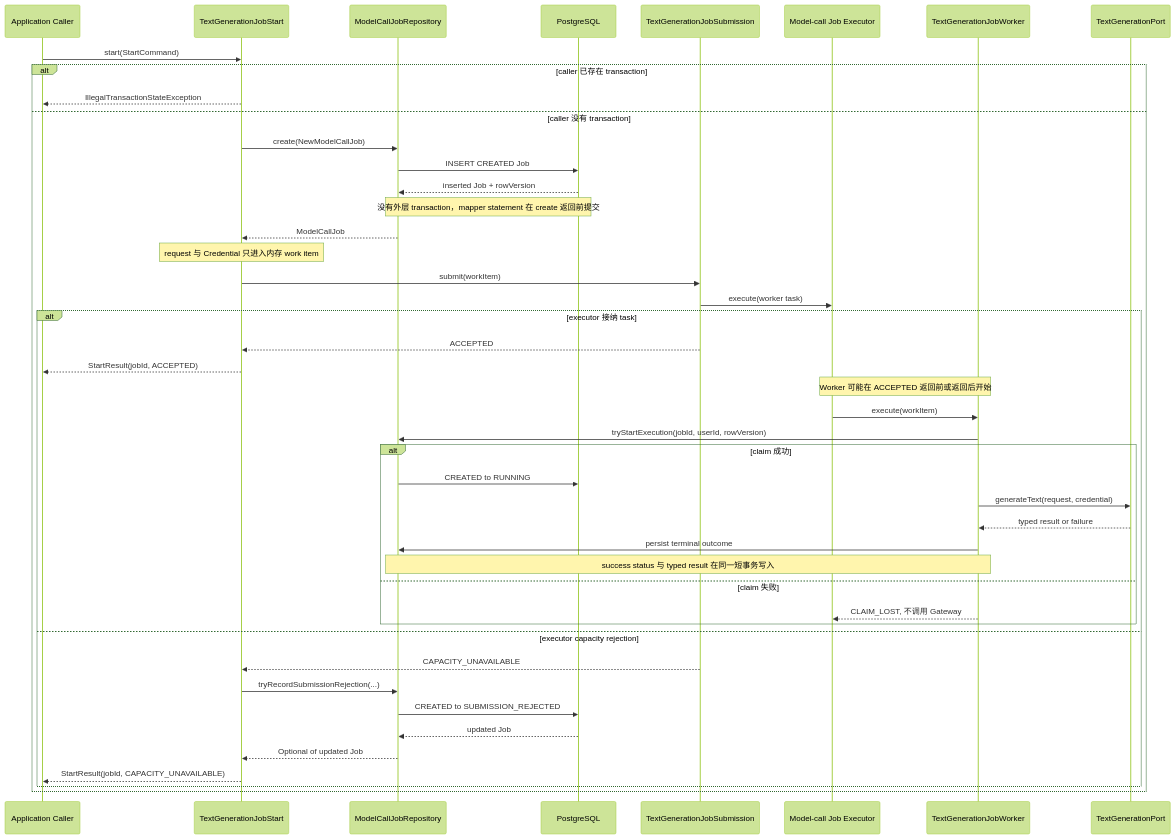
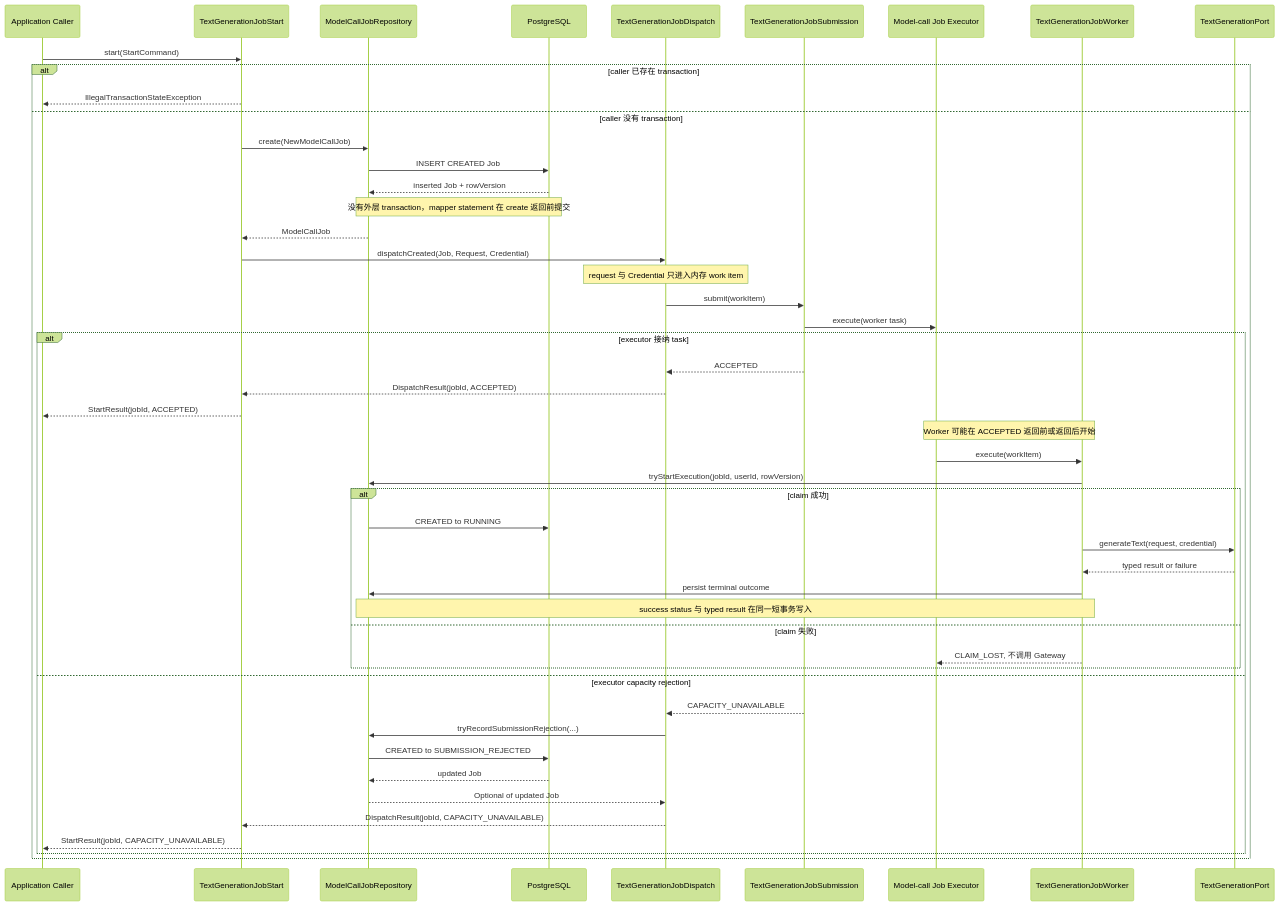
One commit to AnnnaSun/DailyLanguage changed the first of 2 diagrams in docs/flow/text-generation-job-start.md. Above: the diagram before and after it, drawn with Mermaid (forest theme). The commit also changed other lines of this file and 30 other files, not shown here.

Commit message:
生成 evalator request 并且提交给 job 执行

````diff
--- a/docs/flow/text-generation-job-start.md
+++ b/docs/flow/text-generation-job-start.md
@@ -20,48 +22,52 @@
 ```mermaid
 sequenceDiagram
     participant Caller as Application Caller
     participant Start as TextGenerationJobStart
     participant Repository as ModelCallJobRepository
     participant DB as PostgreSQL
+    participant Dispatch as TextGenerationJobDispatch
     participant Submission as TextGenerationJobSubmission
     participant Executor as Model-call Job Executor
     participant Worker as TextGenerationJobWorker
     participant Gateway as TextGenerationPort
 
     Caller->>Start: start(StartCommand)
     alt caller 已存在 transaction
         Start-->>Caller: IllegalTransactionStateException
     else caller 没有 transaction
         Start->>Repository: create(NewModelCallJob)
         Repository->>DB: INSERT CREATED Job
         DB-->>Repository: inserted Job + rowVersion
         Note over Repository,DB: 没有外层 transaction，mapper statement 在 create 返回前提交
         Repository-->>Start: ModelCallJob
-        Note over Start: request 与 Credential 只进入内存 work item
-        Start->>Submission: submit(workItem)
+        Start->>Dispatch: dispatchCreated(Job, Request, Credential)
+        Note over Dispatch: request 与 Credential 只进入内存 work item
+        Dispatch->>Submission: submit(workItem)
         Submission->>Executor: execute(worker task)
         alt executor 接纳 task
-            Submission-->>Start: ACCEPTED
+            Submission-->>Dispatch: ACCEPTED
+            Dispatch-->>Start: DispatchResult(jobId, ACCEPTED)
             Start-->>Caller: StartResult(jobId, ACCEPTED)
             Note over Executor,Worker: Worker 可能在 ACCEPTED 返回前或返回后开始
             Executor->>Worker: execute(workItem)
             Worker->>Repository: tryStartExecution(jobId, userId, rowVersion)
             alt claim 成功
                 Repository->>DB: CREATED to RUNNING
                 Worker->>Gateway: generateText(request, credential)
                 Gateway-->>Worker: typed result or failure
                 Worker->>Repository: persist terminal outcome
                 Note over Worker,Repository: success status 与 typed result 在同一短事务写入
             else claim 失败
                 Worker-->>Executor: CLAIM_LOST, 不调用 Gateway
             end
         else executor capacity rejection
-            Submission-->>Start: CAPACITY_UNAVAILABLE
-            Start->>Repository: tryRecordSubmissionRejection(...)
+            Submission-->>Dispatch: CAPACITY_UNAVAILABLE
+            Dispatch->>Repository: tryRecordSubmissionRejection(...)
             Repository->>DB: CREATED to SUBMISSION_REJECTED
             DB-->>Repository: updated Job
-            Repository-->>Start: Optional of updated Job
+            Repository-->>Dispatch: Optional of updated Job
+            Dispatch-->>Start: DispatchResult(jobId, CAPACITY_UNAVAILABLE)
             Start-->>Caller: StartResult(jobId, CAPACITY_UNAVAILABLE)
         end
     end
 ```
````
